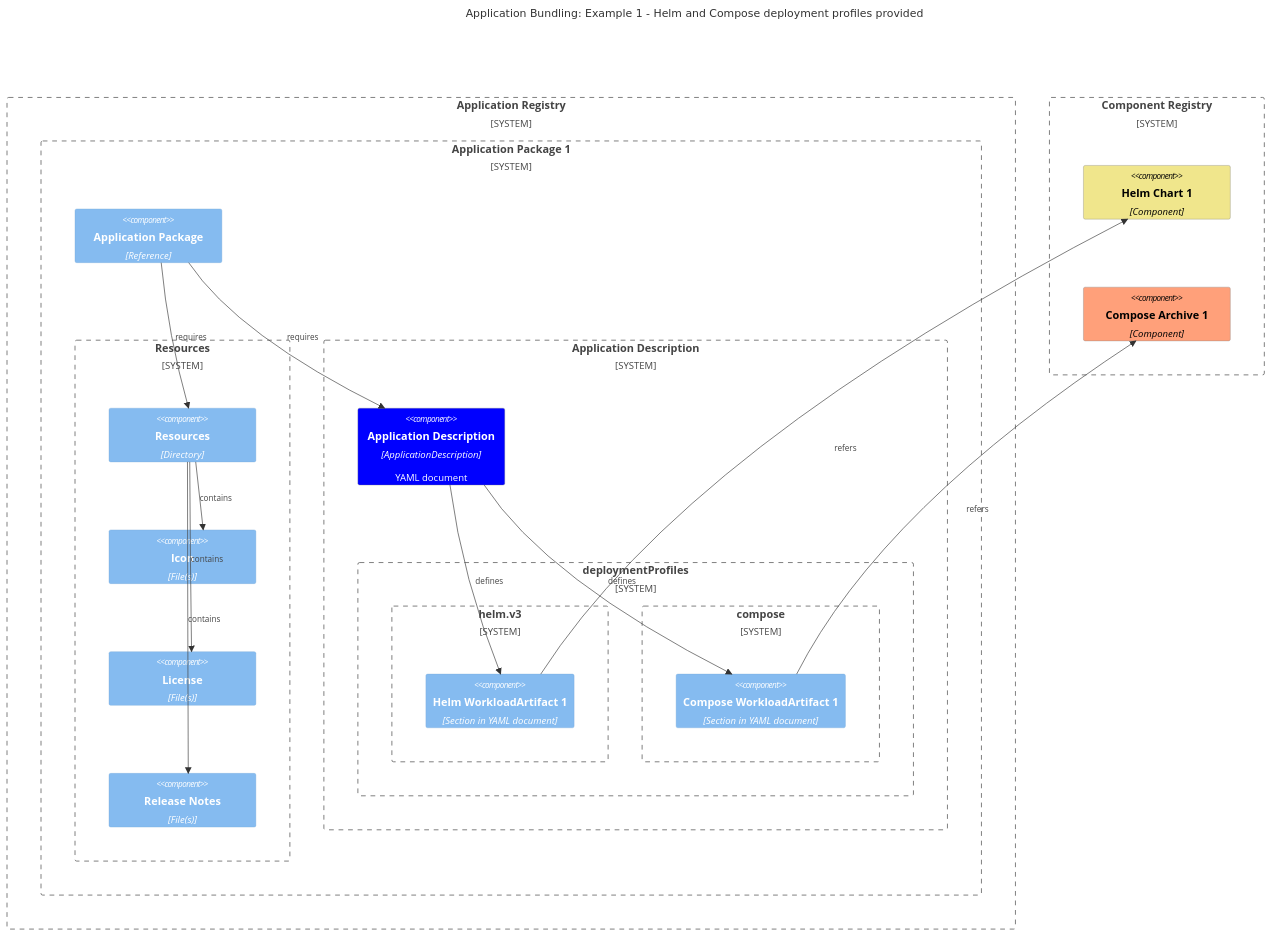
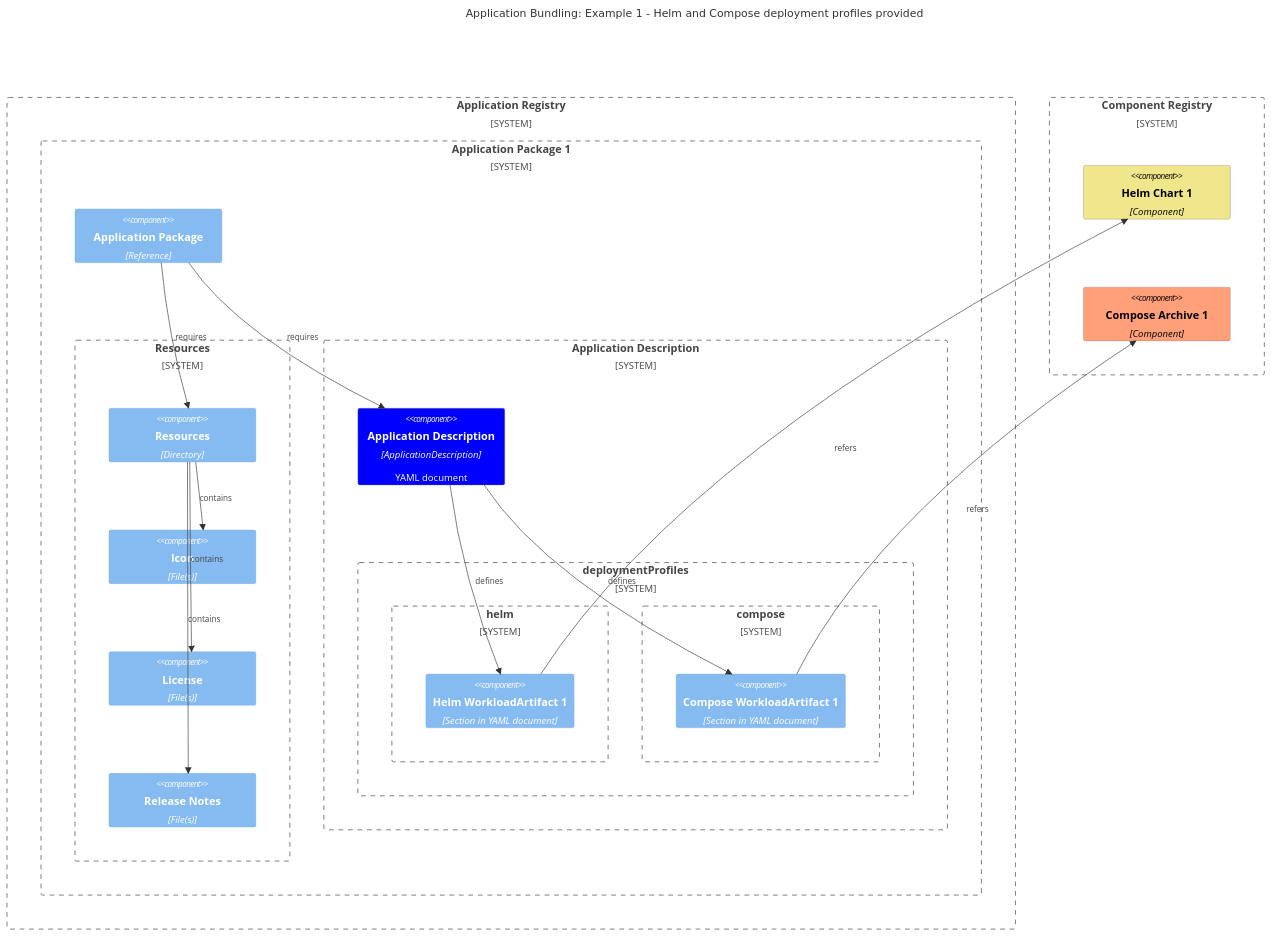
The second of 6 diagrams in system-design/personas-and-definitions/software-composition.md (margo/general_website_content), drawn with Mermaid before and after one commit. The commit also changed other lines of this file and 2 other files, not shown here.

First line of the commit message:
Updates for approved Helm SUPs (#21)

````diff
--- a/system-design/personas-and-definitions/software-composition.md
+++ b/system-design/personas-and-definitions/software-composition.md
@@ -69,49 +69,49 @@
 ```mermaid
 C4Component
     title Application Bundling: Example 1 - Helm and Compose deployment profiles provided
 
     System_Boundary(ar, "Application Registry") {
         System_Boundary(ab1, "Application Package 1") {
             Component(atb1, "Application Package", "Reference")
 
             System_Boundary(c99, "Resources") {
                 Component(rd, "Resources", "Directory")
                 Component(ic, "Icon", "File(s)")
                 Component(lc, "License", "File(s)")
                 Component(rn, "Release Notes", "File(s)")
                 Rel(rd, ic, "contains")
                 Rel(rd, lc, "contains")
                 Rel(rd, rn, "contains")
             }
 
             System_Boundary(c1, "Application Description") {
                 Component(ad, "Application Description", "ApplicationDescription", "YAML document")
                 System_Boundary(c2, "deploymentProfiles") {
-                    System_Boundary(c3, "helm.v3") {
+                    System_Boundary(c3, "helm") {
                         Component(wldh1, "Helm WorkloadArtifact 1", "Section in YAML document")
                     }
                     System_Boundary(c4, "compose") {
                         Component(wldc1, "Compose WorkloadArtifact 1", "Section in YAML document")
                     }
                 }
                 Rel(ad,wldh1, "defines")
                 Rel(ad,wldc1, "defines")
             }
 
             Rel(atb1, ad, "requires")
             Rel(atb1, rd, "requires")
         }
     }
 
     System_Boundary(crr, "Component Registry") {
         Component(hc1, "Helm Chart 1", "Component")
         Component(cc1, "Compose Archive 1", "Component")
     }
 
     Rel(wldh1, hc1, "refers")
     Rel(wldc1, cc1, "refers")
 
     UpdateElementStyle(ad, $fontColor="white", $bgColor="blue", $borderColor="grey")
     UpdateElementStyle(hc1, $fontColor="black", $bgColor="khaki", $borderColor="grey")
     UpdateElementStyle(cc1, $fontColor="black", $bgColor="lightsalmon", $borderColor="grey")
 ```
````
